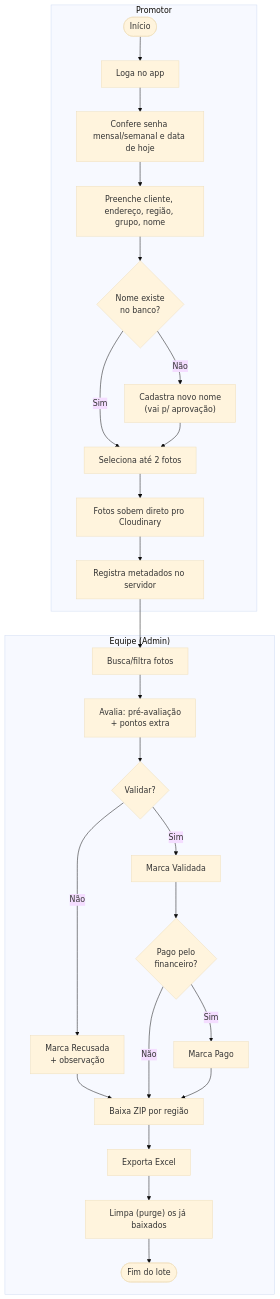
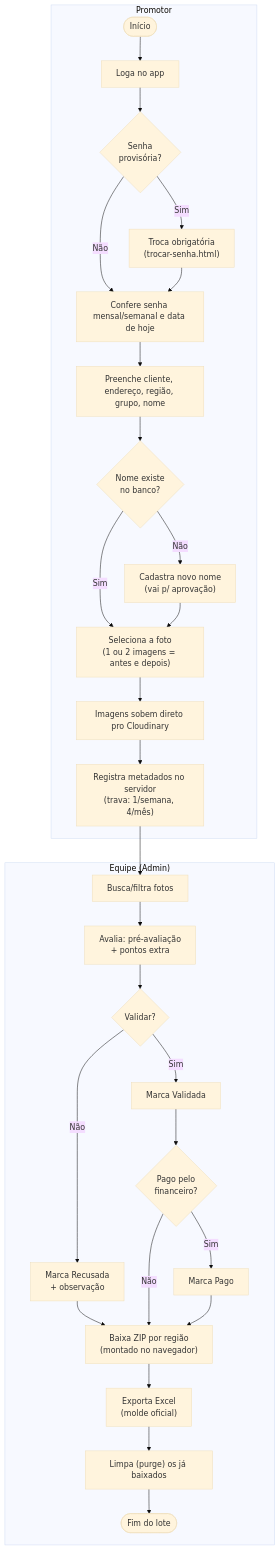
One commit to Vaniteux2006/pdv_memphis changed the first of 5 diagrams in docs/04-fluxos-bpmn.md. Above: the diagram before and after it, drawn with Mermaid (base theme). The commit also changed other lines of this file and 10 other files, not shown here.

````diff
--- a/docs/04-fluxos-bpmn.md
+++ b/docs/04-fluxos-bpmn.md
@@ -7,31 +7,34 @@
 ```mermaid
 flowchart TD
   subgraph Promotor
     A1([Início]) --> A2["Loga no app"]
-    A2 --> A3["Confere senha mensal/semanal e data de hoje"]
+    A2 --> A2b{"Senha<br/>provisória?"}
+    A2b -- Sim --> A2c["Troca obrigatória<br/>(trocar-senha.html)"]
+    A2b -- Não --> A3
+    A2c --> A3["Confere senha mensal/semanal e data de hoje"]
     A3 --> A4["Preenche cliente, endereço, região, grupo, nome"]
     A4 --> A5{"Nome existe<br/>no banco?"}
     A5 -- Não --> A6["Cadastra novo nome<br/>(vai p/ aprovação)"]
     A5 -- Sim --> A7
-    A6 --> A7["Seleciona até 2 fotos"]
-    A7 --> A8["Fotos sobem direto pro Cloudinary"]
-    A8 --> A9["Registra metadados no servidor"]
+    A6 --> A7["Seleciona a foto<br/>(1 ou 2 imagens = antes e depois)"]
+    A7 --> A8["Imagens sobem direto pro Cloudinary"]
+    A8 --> A9["Registra metadados no servidor<br/>(trava: 1/semana, 4/mês)"]
   end
 
   subgraph Equipe["Equipe (Admin)"]
     B1["Busca/filtra fotos"] --> B2["Avalia: pré-avaliação<br/>+ pontos extra"]
     B2 --> B3{"Validar?"}
     B3 -- Sim --> B4["Marca Validada"]
     B3 -- Não --> B5["Marca Recusada<br/>+ observação"]
     B4 --> B6{"Pago pelo<br/>financeiro?"}
     B5 --> B7
     B6 -- Sim --> B8["Marca Pago"]
     B6 -- Não --> B7
-    B8 --> B7["Baixa ZIP por região"]
-    B7 --> B9["Exporta Excel"]
+    B8 --> B7["Baixa ZIP por região<br/>(montado no navegador)"]
+    B7 --> B9["Exporta Excel<br/>(molde oficial)"]
     B9 --> B10["Limpa (purge) os já baixados"]
     B10 --> B11([Fim do lote])
   end
 
   A9 --> B1
 ```
````
